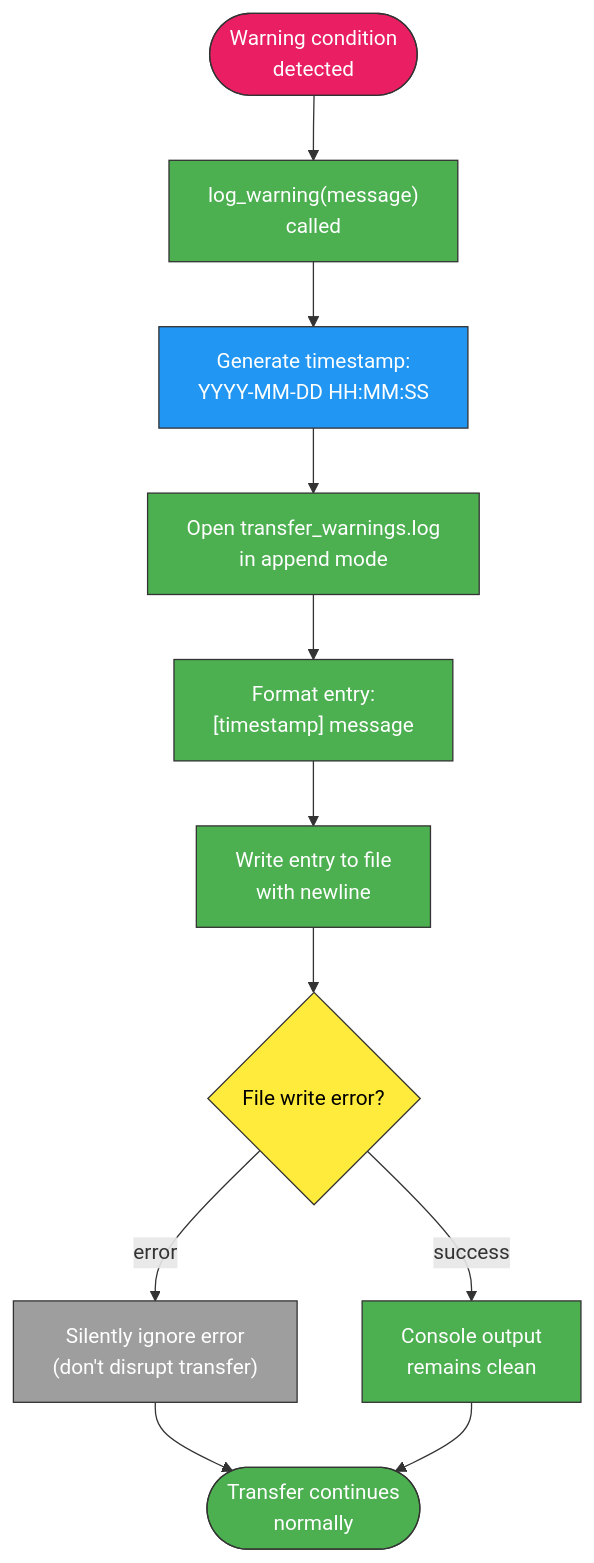
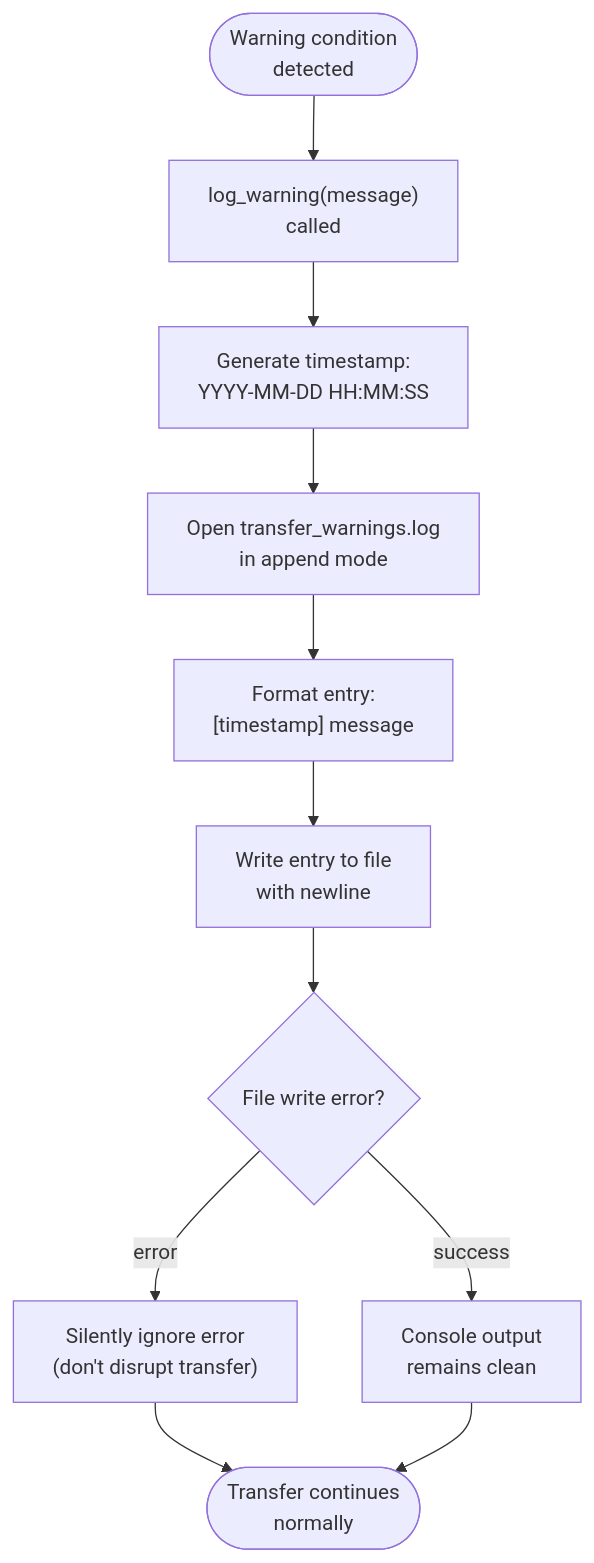
The diagram in docs/log_warning.md (proudsunburn/ftransfer), drawn with Mermaid before and after one commit. The commit also changed 23 other files, not shown here.

Commit message:
MINOR: Remove colors from mermaid for easy light/dark mode switching

````diff
--- a/docs/log_warning.md
+++ b/docs/log_warning.md
@@ -79,36 +79,30 @@
 ```mermaid
 graph TD
-    warning_event(["Warning condition<br/>detected"]):::pink
+    warning_event(["Warning condition<br/>detected"])
 
-    log_call["log_warning(message)<br/>called"]:::success
+    log_call["log_warning(message)<br/>called"]
 
-    generate_timestamp["Generate timestamp:<br/>YYYY-MM-DD HH:MM:SS"]:::lightblue
+    generate_timestamp["Generate timestamp:<br/>YYYY-MM-DD HH:MM:SS"]
 
-    open_file["Open transfer_warnings.log<br/>in append mode"]:::success
-    format_entry["Format entry:<br/>[timestamp] message"]:::success
-    write_entry["Write entry to file<br/>with newline"]:::success
+    open_file["Open transfer_warnings.log<br/>in append mode"]
+    format_entry["Format entry:<br/>[timestamp] message"]
+    write_entry["Write entry to file<br/>with newline"]
 
-    file_error{"File write error?"}:::yellow
-    silent_ignore["Silently ignore error<br/>(don't disrupt transfer)"]:::gray
+    file_error{"File write error?"}
+    silent_ignore["Silently ignore error<br/>(don't disrupt transfer)"]
 
-    console_clean["Console output<br/>remains clean"]:::success
+    console_clean["Console output<br/>remains clean"]
 
-    continue_transfer(["Transfer continues<br/>normally"]):::success
+    continue_transfer(["Transfer continues<br/>normally"])
 
     warning_event --> log_call
     log_call --> generate_timestamp
     generate_timestamp --> open_file
     open_file --> format_entry
     format_entry --> write_entry
     write_entry --> file_error
     file_error -->|error| silent_ignore
     file_error -->|success| console_clean
     silent_ignore --> continue_transfer
     console_clean --> continue_transfer
-
-    classDef pink fill:#e91e63,stroke:#333,color:#fff
-    classDef success fill:#4caf50,stroke:#333,color:#fff
-    classDef lightblue fill:#2196f3,stroke:#333,color:#fff
-    classDef yellow fill:#ffeb3b,stroke:#333,color:#000
-    classDef gray fill:#9e9e9e,stroke:#333,color:#fff
 ```
````
